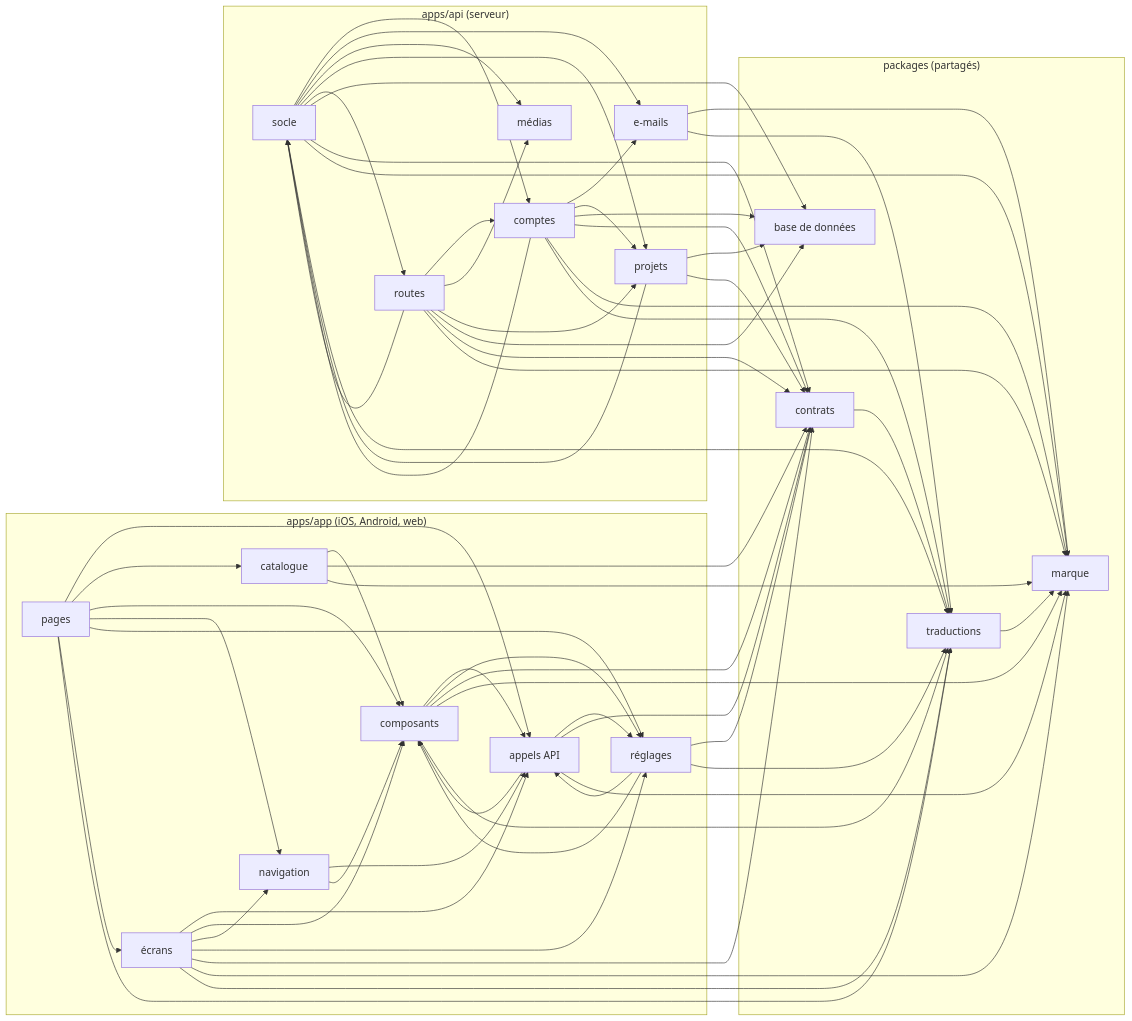
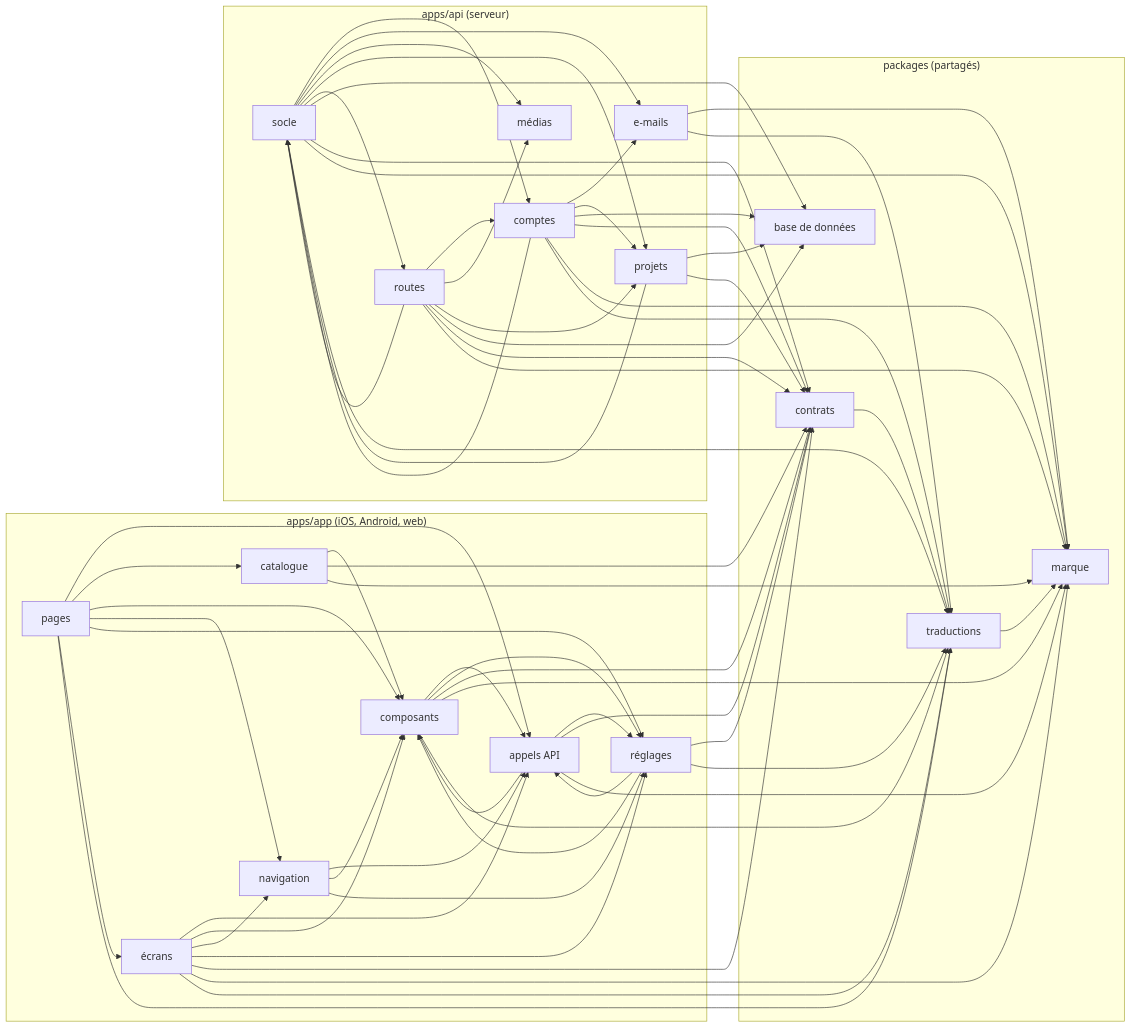
The diagram in docs/architecture/dependances.md (EthogramHQ/Waiggle), drawn with Mermaid before and after one commit.

Commit message:
docs: redraw the dependency map

```diff
--- a/docs/architecture/dependances.md
+++ b/docs/architecture/dependances.md
@@ -71,6 +71,7 @@
   n2 --> n17
   n4 --> n5
   n4 --> n2
+  n4 --> n7
   n0 --> n5
   n0 --> n3
   n0 --> n2
```
